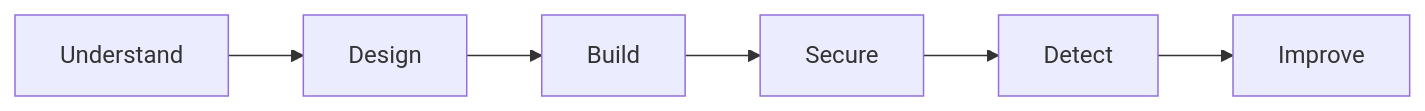
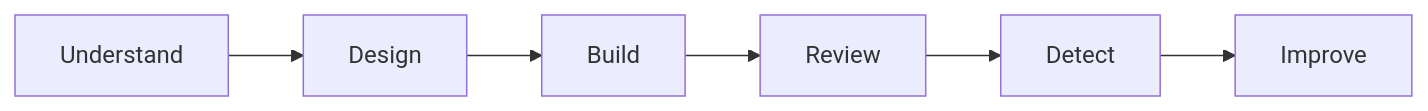
One commit to lxrider/saas-security-lab changed the diagram in README.md. Above: the diagram before and after it, drawn with Mermaid. The commit also changed other lines of this file, not shown here.

````diff
--- a/README.md
+++ b/README.md
@@ -61,8 +60,8 @@
 ```mermaid
 flowchart LR
     A["Understand"] --> B["Design"]
     B --> C["Build"]
-    C --> D["Secure"]
+    C --> D["Review"]
     D --> E["Detect"]
     E --> F["Improve"]
 ```
````
